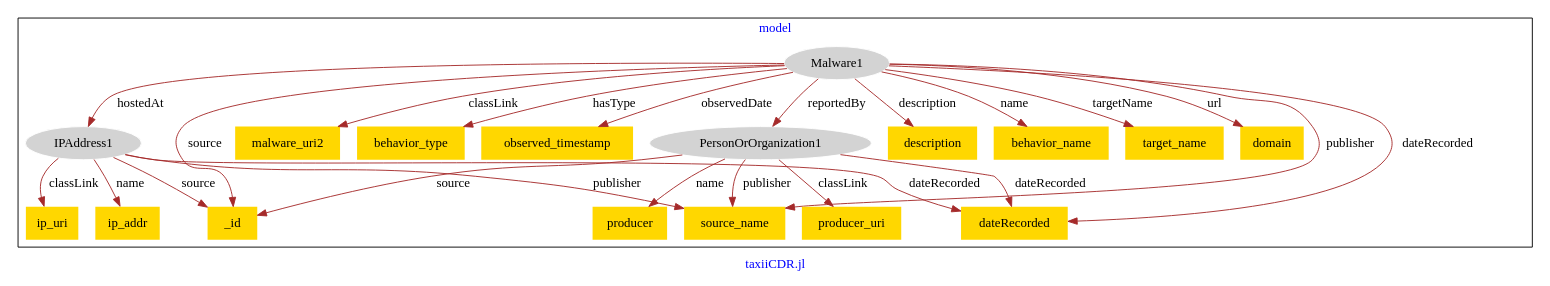
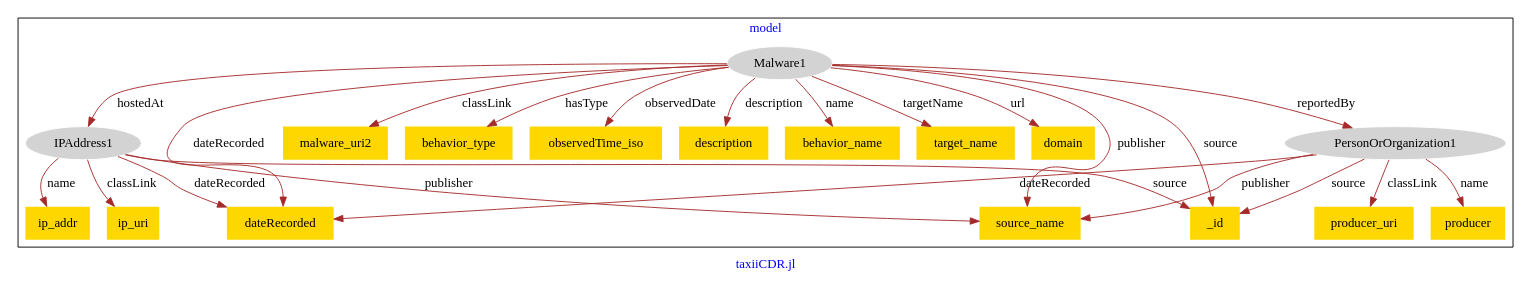
The diagram in models/hg-taxii/hg_taxii-model.dot (usc-isi-i2/effect-alignment), drawn with Graphviz before and after one commit.

Commit message:
Update file hg_taxii-model.dot

```diff
--- a/models/hg-taxii/hg_taxii-model.dot
+++ b/models/hg-taxii/hg_taxii-model.dot
@@ -1,47 +1,47 @@
 digraph n0 {
 fontcolor="blue"
 remincross="true"
 label="taxiiCDR.jl"
 subgraph cluster {
 label="model"
 n2[style="filled",color="white",fillcolor="lightgray",label="IPAddress1"];
 n3[shape="plaintext",style="filled",fillcolor="gold",label="ip_uri"];
-n4[shape="plaintext",style="filled",fillcolor="gold",label="ip_addr"];
-n5[shape="plaintext",style="filled",fillcolor="gold",label="_id"];
+n4[shape="plaintext",style="filled",fillcolor="gold",label="dateRecorded"];
+n5[shape="plaintext",style="filled",fillcolor="gold",label="ip_addr"];
 n6[style="filled",color="white",fillcolor="lightgray",label="Malware1"];
 n7[shape="plaintext",style="filled",fillcolor="gold",label="malware_uri2"];
 n8[shape="plaintext",style="filled",fillcolor="gold",label="behavior_type"];
-n9[shape="plaintext",style="filled",fillcolor="gold",label="observed_timestamp"];
-n10[style="filled",color="white",fillcolor="lightgray",label="PersonOrOrganization1"];
-n11[shape="plaintext",style="filled",fillcolor="gold",label="description"];
-n12[shape="plaintext",style="filled",fillcolor="gold",label="behavior_name"];
-n13[shape="plaintext",style="filled",fillcolor="gold",label="target_name"];
-n14[shape="plaintext",style="filled",fillcolor="gold",label="domain"];
+n9[shape="plaintext",style="filled",fillcolor="gold",label="observedTime_iso"];
+n10[shape="plaintext",style="filled",fillcolor="gold",label="description"];
+n11[shape="plaintext",style="filled",fillcolor="gold",label="behavior_name"];
+n12[shape="plaintext",style="filled",fillcolor="gold",label="target_name"];
+n13[shape="plaintext",style="filled",fillcolor="gold",label="domain"];
+n14[style="filled",color="white",fillcolor="lightgray",label="PersonOrOrganization1"];
 n15[shape="plaintext",style="filled",fillcolor="gold",label="producer_uri"];
-n16[shape="plaintext",style="filled",fillcolor="gold",label="dateRecorded"];
-n17[shape="plaintext",style="filled",fillcolor="gold",label="producer"];
-n18[shape="plaintext",style="filled",fillcolor="gold",label="source_name"];
+n16[shape="plaintext",style="filled",fillcolor="gold",label="producer"];
+n17[shape="plaintext",style="filled",fillcolor="gold",label="source_name"];
+n18[shape="plaintext",style="filled",fillcolor="gold",label="_id"];
 }
 n2 -> n3[color="brown",fontcolor="black",label="classLink"]
-n2 -> n4[color="brown",fontcolor="black",label="name"]
-n2 -> n5[color="brown",fontcolor="black",label="source"]
+n2 -> n4[color="brown",fontcolor="black",label="dateRecorded"]
+n2 -> n5[color="brown",fontcolor="black",label="name"]
 n6 -> n7[color="brown",fontcolor="black",label="classLink"]
+n6 -> n4[color="brown",fontcolor="black",label="dateRecorded"]
 n6 -> n8[color="brown",fontcolor="black",label="hasType"]
 n6 -> n9[color="brown",fontcolor="black",label="observedDate"]
-n6 -> n10[color="brown",fontcolor="black",label="reportedBy"]
-n6 -> n11[color="brown",fontcolor="black",label="description"]
-n6 -> n12[color="brown",fontcolor="black",label="name"]
-n6 -> n13[color="brown",fontcolor="black",label="targetName"]
-n6 -> n14[color="brown",fontcolor="black",label="url"]
-n10 -> n15[color="brown",fontcolor="black",label="classLink"]
-n10 -> n16[color="brown",fontcolor="black",label="dateRecorded"]
-n10 -> n17[color="brown",fontcolor="black",label="name"]
-n10 -> n18[color="brown",fontcolor="black",label="publisher"]
-n10 -> n5[color="brown",fontcolor="black",label="source"]
-n2 -> n16[color="brown",fontcolor="black",label="dateRecorded"]
+n6 -> n10[color="brown",fontcolor="black",label="description"]
+n6 -> n11[color="brown",fontcolor="black",label="name"]
+n6 -> n12[color="brown",fontcolor="black",label="targetName"]
+n6 -> n13[color="brown",fontcolor="black",label="url"]
+n14 -> n15[color="brown",fontcolor="black",label="classLink"]
+n14 -> n4[color="brown",fontcolor="black",label="dateRecorded"]
+n14 -> n16[color="brown",fontcolor="black",label="name"]
+n14 -> n17[color="brown",fontcolor="black",label="publisher"]
+n14 -> n18[color="brown",fontcolor="black",label="source"]
+n6 -> n17[color="brown",fontcolor="black",label="publisher"]
+n6 -> n18[color="brown",fontcolor="black",label="source"]
+n6 -> n14[color="brown",fontcolor="black",label="reportedBy"]
+n2 -> n17[color="brown",fontcolor="black",label="publisher"]
 n6 -> n2[color="brown",fontcolor="black",label="hostedAt"]
-n6 -> n5[color="brown",fontcolor="black",label="source"]
-n6 -> n18[color="brown",fontcolor="black",label="publisher"]
-n6 -> n16[color="brown",fontcolor="black",label="dateRecorded"]
-n2 -> n18[color="brown",fontcolor="black",label="publisher"]
+n2 -> n18[color="brown",fontcolor="black",label="source"]
 }
```
